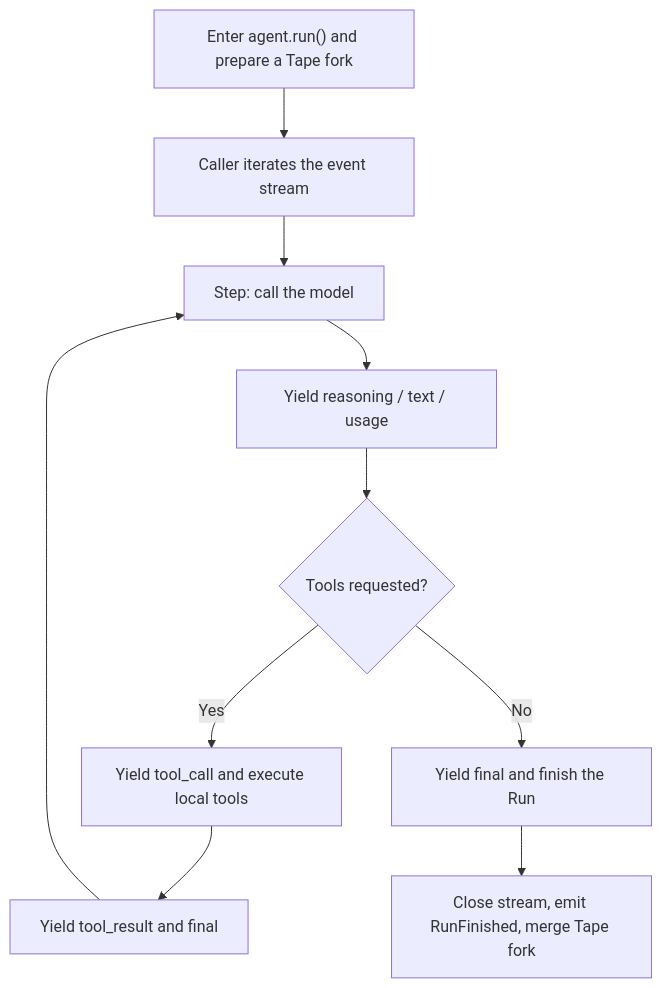
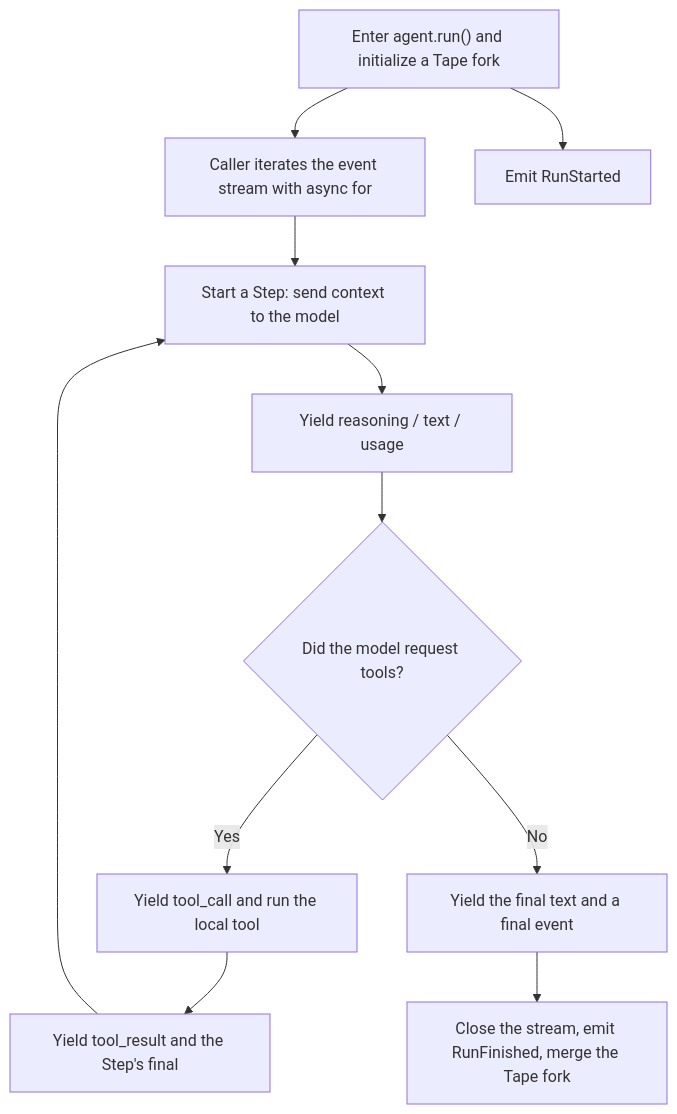
One commit to bubbuild/bub changed the diagram in website/src/content/docs/docs/sdk/index.md. Above: the diagram before and after it, drawn with Mermaid. The commit also changed other lines of this file and 44 other files, not shown here.

````diff
--- a/website/src/content/docs/docs/sdk/index.md
+++ b/website/src/content/docs/docs/sdk/index.md
@@ -77,12 +45,13 @@
 ```mermaid
 flowchart TD
-    Start["Enter agent.run() and prepare a Tape fork"] --> Consume["Caller iterates the event stream"]
-    Consume --> Step["Step: call the model"]
+    Start["Enter agent.run() and initialize a Tape fork"] --> Consume["Caller iterates the event stream with async for"]
+    Start --> RunStarted["Emit RunStarted"]
+    Consume --> Step["Start a Step: send context to the model"]
     Step --> Output["Yield reasoning / text / usage"]
-    Output --> Decision{"Tools requested?"}
-    Decision -->|"Yes"| Call["Yield tool_call and execute local tools"]
-    Call --> Result["Yield tool_result and final"]
+    Output --> Decision{"Did the model request tools?"}
+    Decision -->|"Yes"| Call["Yield tool_call and run the local tool"]
+    Call --> Result["Yield tool_result and the Step's final"]
     Result --> Step
-    Decision -->|"No"| Final["Yield final and finish the Run"]
-    Final --> Close["Close stream, emit RunFinished, merge Tape fork"]
+    Decision -->|"No"| Final["Yield the final text and a final event"]
+    Final --> Close["Close the stream, emit RunFinished, merge the Tape fork"]
 ```
````
